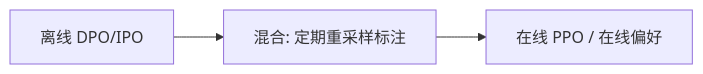
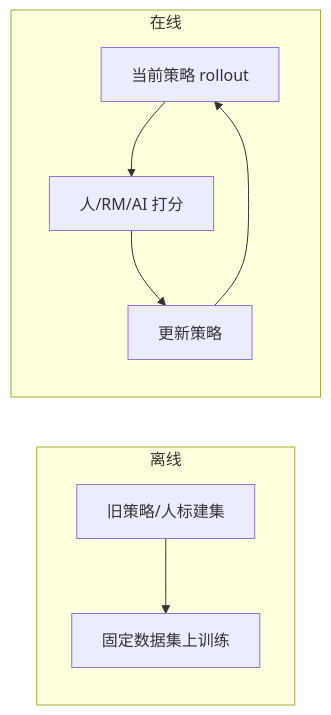
The diagram in llms/04-post-training-alignment/04-preference-optimization/03-offline-vs-online.md (wj-Mcat/agent-handbook), drawn with Mermaid before and after one commit. The commit also changed other lines of this file and 17 other files, not shown here.

````diff
--- a/llms/04-post-training-alignment/04-preference-optimization/03-offline-vs-online.md
+++ b/llms/04-post-training-alignment/04-preference-optimization/03-offline-vs-online.md
@@ -20,7 +79,10 @@
 ```mermaid
 flowchart LR
-  off[离线 DPO/IPO]
-  hyb[混合: 定期重采样标注]
-  on[在线 PPO / 在线偏好]
-  off --> hyb --> on
+  subgraph off["离线"]
+    A1[旧策略/人标建集] --> A2[固定数据集上训练]
+  end
+  subgraph on["在线"]
+    B1[当前策略 rollout] --> B2[人/RM/AI 打分] --> B3[更新策略]
+    B3 --> B1
+  end
 ```
````
